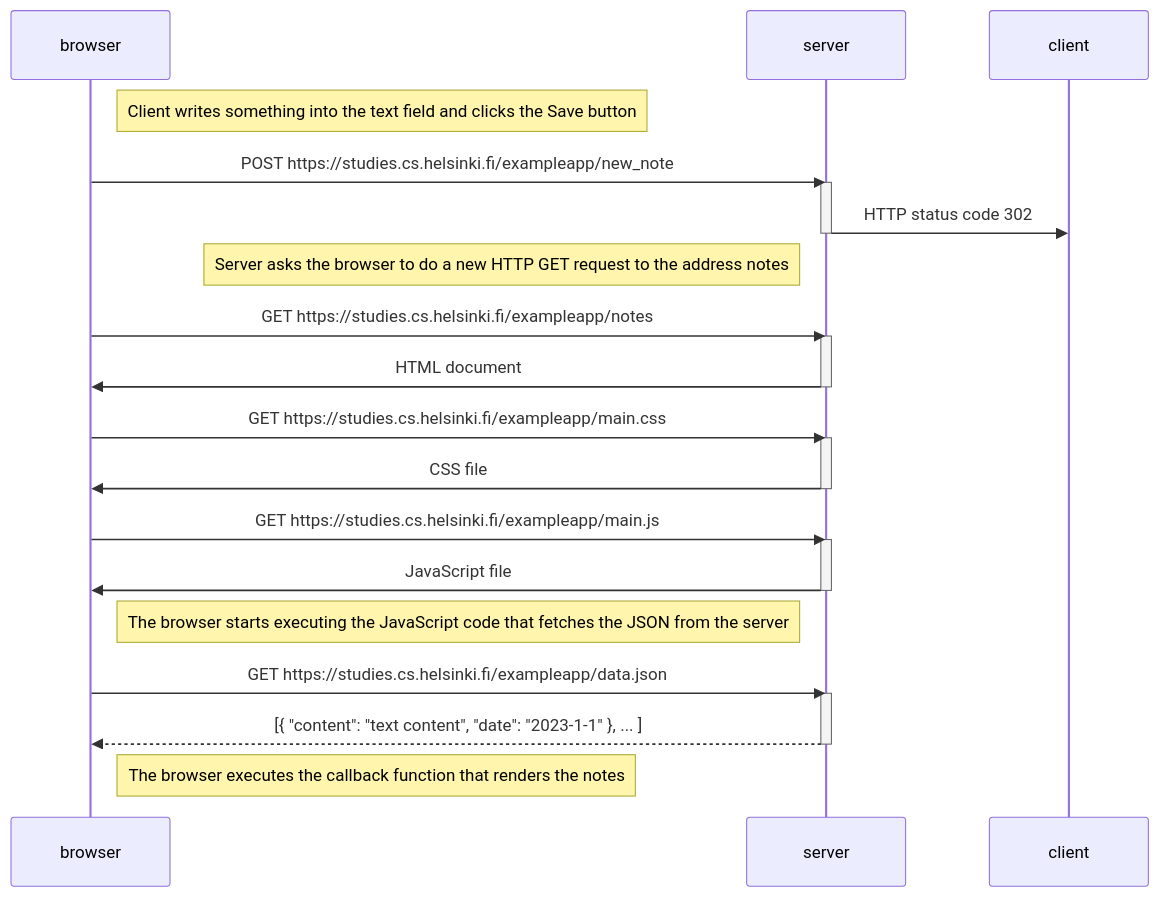
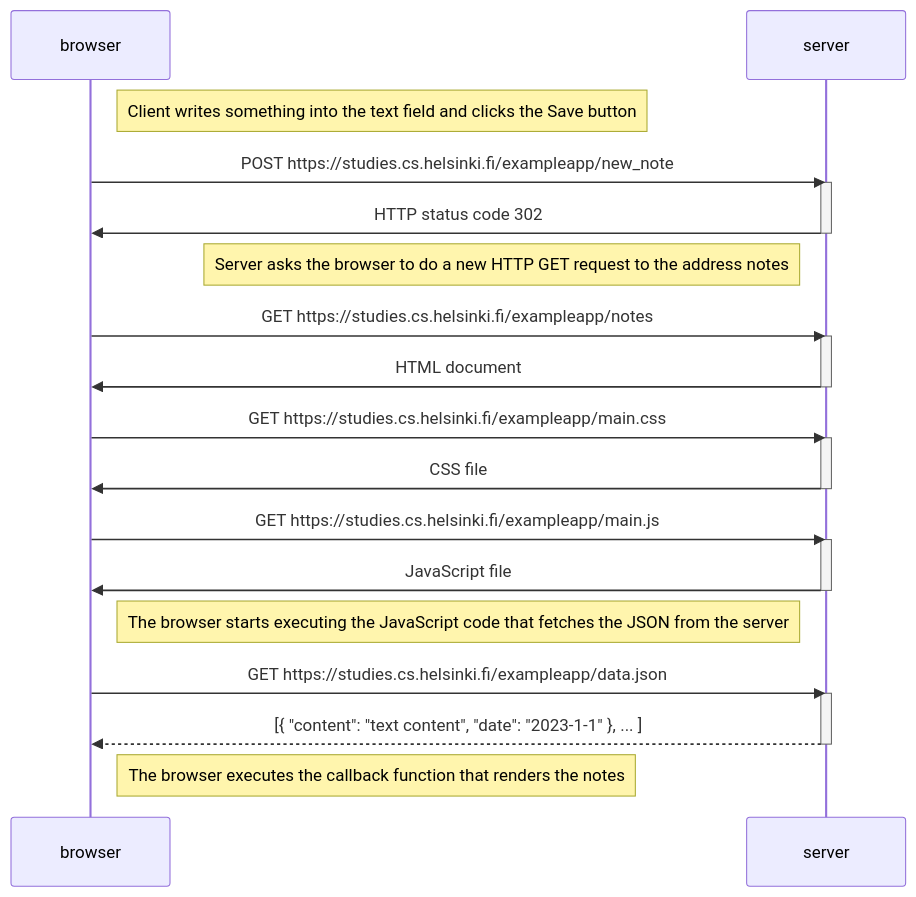
Before and after one commit to Nicobustelo/FullStackOpen: the diagram in part0/sequenceDiagram1.mmd, drawn with Mermaid.

```diff
--- a/part0/sequenceDiagram1.mmd
+++ b/part0/sequenceDiagram1.mmd
@@ -1,36 +1,36 @@
 sequenceDiagram
     participant browser
     participant server
 
     Note right of browser: Client writes something into the text field and clicks the Save button
 
     browser->>server: POST https://studies.cs.helsinki.fi/exampleapp/new_note
     activate server
-    server->>client: HTTP status code 302
+    server->>browser: HTTP status code 302
     deactivate server
 
     Note left of server: Server asks the browser to do a new HTTP GET request to the address notes
 
     browser->>server: GET https://studies.cs.helsinki.fi/exampleapp/notes
     activate server
     server->>browser: HTML document
     deactivate server
 
     browser->>server: GET https://studies.cs.helsinki.fi/exampleapp/main.css
     activate server
     server->>browser: CSS file
     deactivate server
 
     browser->>server: GET https://studies.cs.helsinki.fi/exampleapp/main.js
     activate server
     server->>browser: JavaScript file
     deactivate server
 
     Note right of browser: The browser starts executing the JavaScript code that fetches the JSON from the server
 
     browser->>server: GET https://studies.cs.helsinki.fi/exampleapp/data.json
     activate server
     server-->>browser: [{ "content": "text content", "date": "2023-1-1" }, ... ]
     deactivate server
 
     Note right of browser: The browser executes the callback function that renders the notes
```
